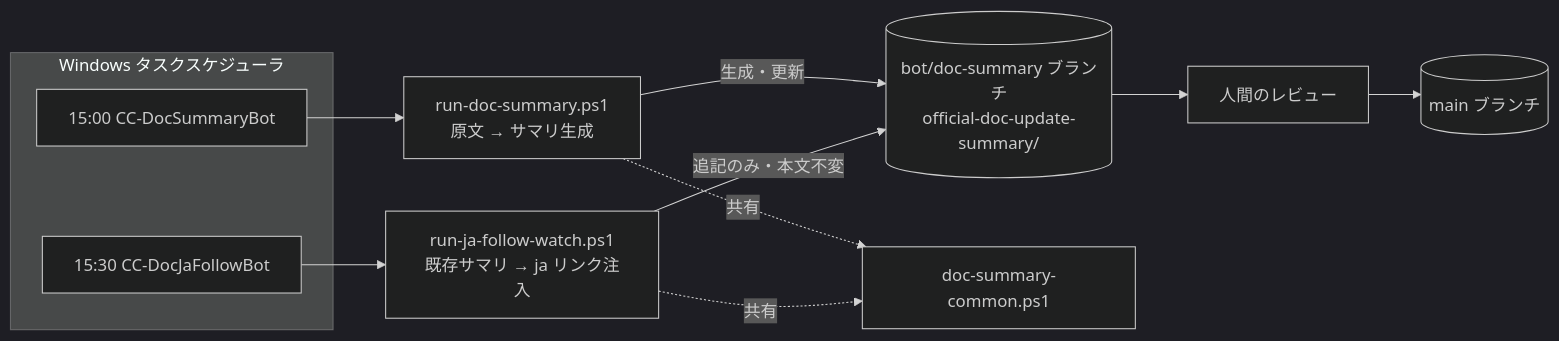
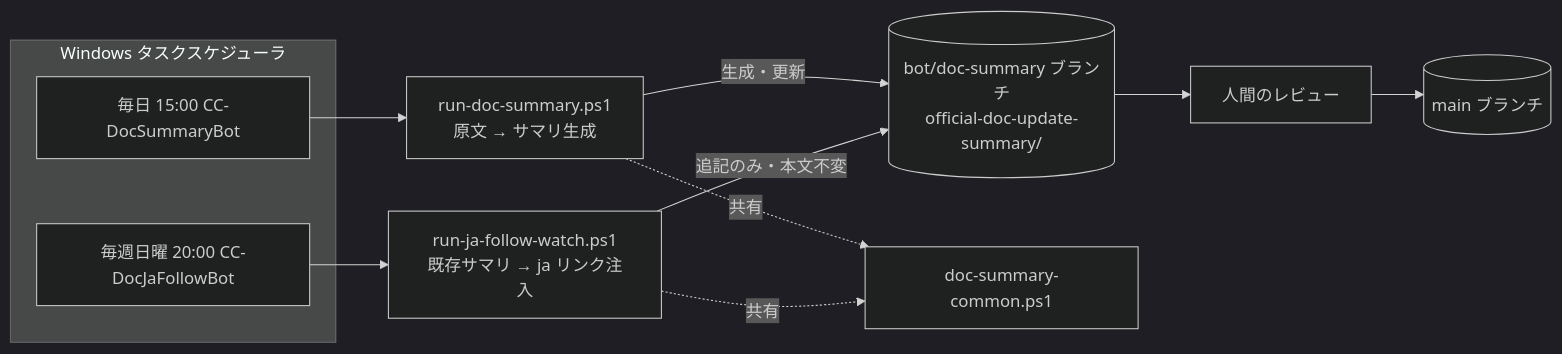
One commit to empty-can/LLMs changed the first of 2 diagrams in .claude/docs/design/README.md. Above: the diagram before and after it, drawn with Mermaid (dark theme). The commit also changed other lines of this file and 4 other files, not shown here.

````diff
--- a/.claude/docs/design/README.md
+++ b/.claude/docs/design/README.md
@@ -13,15 +18,15 @@
 ```mermaid
 flowchart LR
     subgraph sched["Windows タスクスケジューラ"]
-        T1["15:00 CC-DocSummaryBot"]
-        T2["15:30 CC-DocJaFollowBot"]
+        T1["毎日 15:00 CC-DocSummaryBot"]
+        T2["毎週日曜 20:00 CC-DocJaFollowBot"]
     end
     T1 --> S1["run-doc-summary.ps1<br/>原文 → サマリ生成"]
     T2 --> S2["run-ja-follow-watch.ps1<br/>既存サマリ → ja リンク注入"]
     S1 -- "生成・更新" --> R[("bot/doc-summary ブランチ<br/>official-doc-update-summary/")]
     S2 -- "追記のみ・本文不変" --> R
     S1 -.->|"共有"| C["doc-summary-common.ps1"]
     S2 -.->|"共有"| C
     R --> H["人間のレビュー"]
     H --> M[("main ブランチ")]
 ```
````
